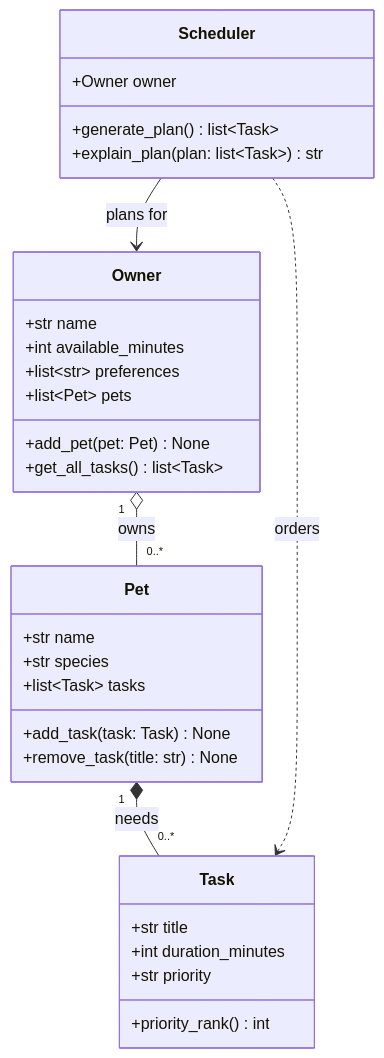
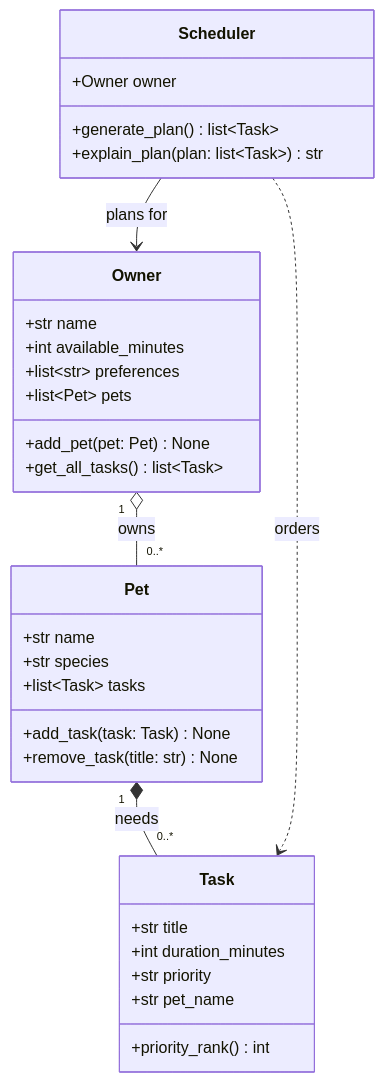
Before and after one commit to JoseBarbara-code/ai110-module2show-pawpal-starter: the diagram in diagrams/uml_draft.mmd, drawn with Mermaid. The commit also changed 2 other files, not shown here.

Commit message:
docs: refine UML design and reflection

```diff
--- a/diagrams/uml_draft.mmd
+++ b/diagrams/uml_draft.mmd
@@ -1,39 +1,40 @@
 classDiagram
     %% PawPal+ initial design draft (Step 3)
     %% Owner has pets, each Pet has care tasks, and the Scheduler
     %% builds a daily plan from the owner's tasks and available time.
 
     class Owner {
         +str name
         +int available_minutes
         +list~str~ preferences
         +list~Pet~ pets
         +add_pet(pet: Pet) None
         +get_all_tasks() list~Task~
     }
 
     class Pet {
         +str name
         +str species
         +list~Task~ tasks
         +add_task(task: Task) None
         +remove_task(title: str) None
     }
 
     class Task {
         +str title
         +int duration_minutes
         +str priority
+        +str pet_name
         +priority_rank() int
     }
 
     class Scheduler {
         +Owner owner
         +generate_plan() list~Task~
         +explain_plan(plan: list~Task~) str
     }
 
     Owner "1" o-- "0..*" Pet : owns
     Pet "1" *-- "0..*" Task : needs
     Scheduler --> Owner : plans for
     Scheduler ..> Task : orders
```
